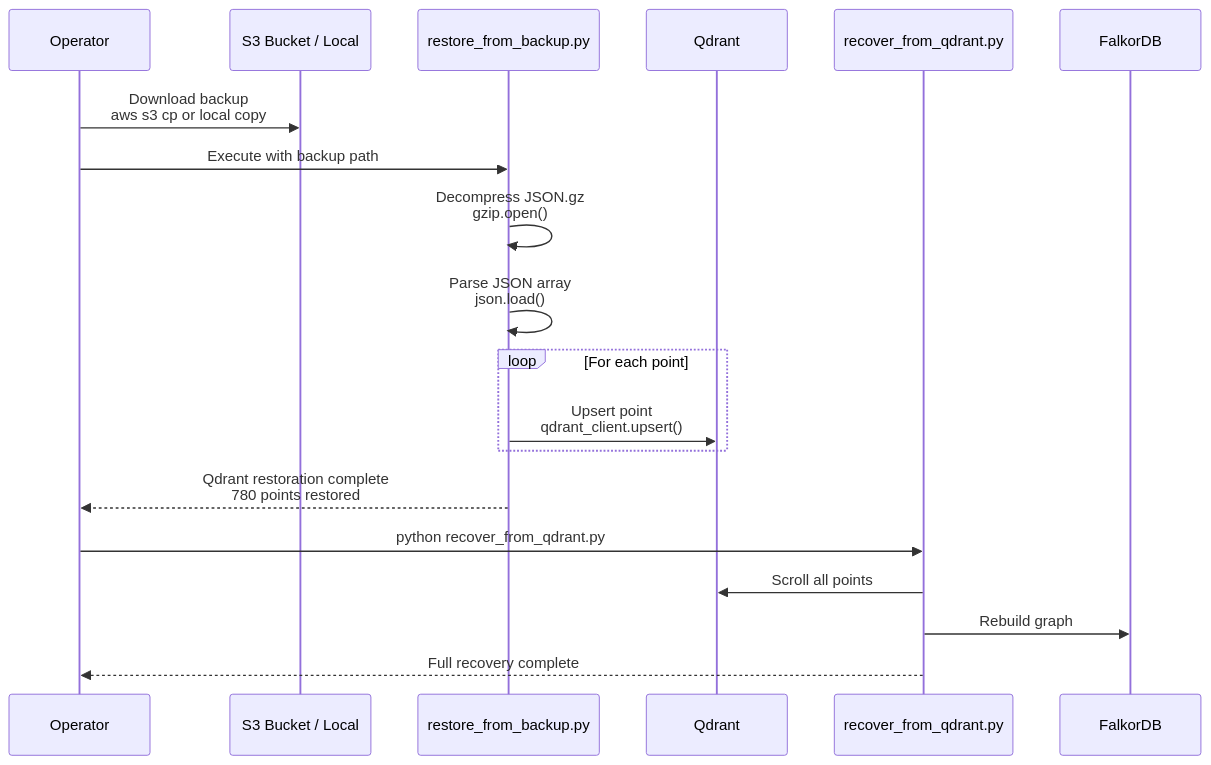
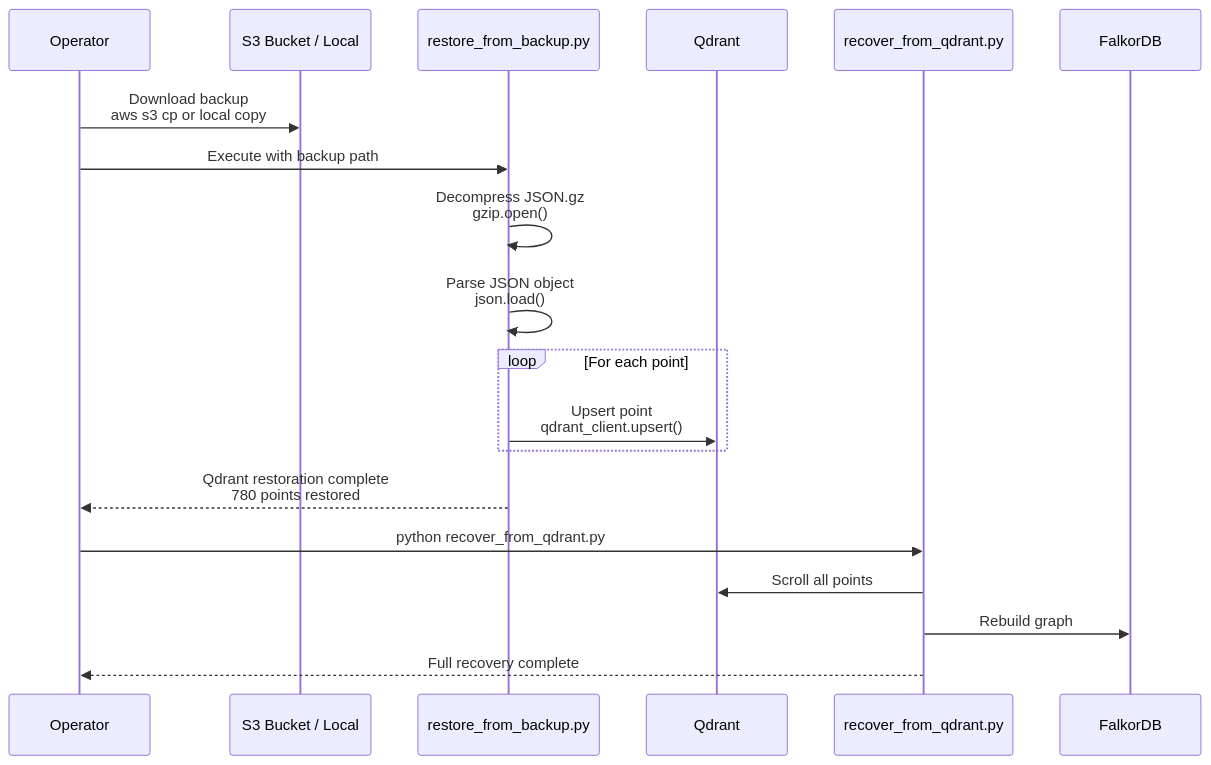
One commit to verygoodplugins/automem-website changed the fourth of 5 diagrams in src/content/docs/docs/operations/backup.md. Above: the diagram before and after it, drawn with Mermaid. The commit also changed other lines of this file and 1 other file, not shown here.

````diff
--- a/src/content/docs/docs/operations/backup.md
+++ b/src/content/docs/docs/operations/backup.md
@@ -416,26 +418,26 @@
 ```mermaid
 sequenceDiagram
     participant Operator
     participant S3 as S3 Bucket / Local
     participant Restore as restore_from_backup.py
     participant Qdrant
     participant Recovery as recover_from_qdrant.py
     participant FalkorDB
 
     Operator->>S3: Download backup<br/>aws s3 cp or local copy
     Operator->>Restore: Execute with backup path
 
     Restore->>Restore: Decompress JSON.gz<br/>gzip.open()
-    Restore->>Restore: Parse JSON array<br/>json.load()
+    Restore->>Restore: Parse JSON object<br/>json.load()
 
     loop For each point
         Restore->>Qdrant: Upsert point<br/>qdrant_client.upsert()
     end
 
     Restore-->>Operator: Qdrant restoration complete<br/>780 points restored
 
     Operator->>Recovery: python recover_from_qdrant.py
     Recovery->>Qdrant: Scroll all points
     Recovery->>FalkorDB: Rebuild graph
     Recovery-->>Operator: Full recovery complete
 ```
````
